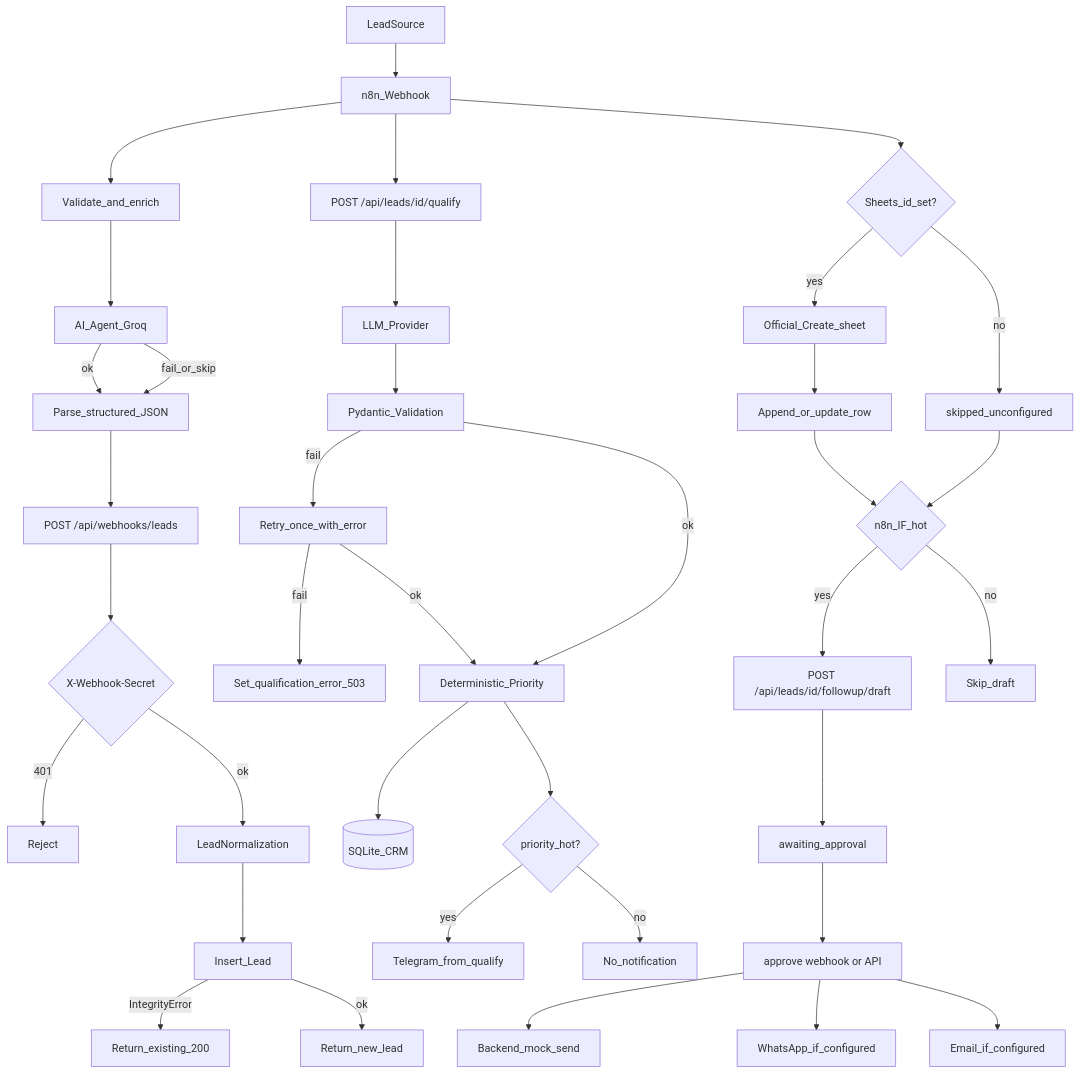
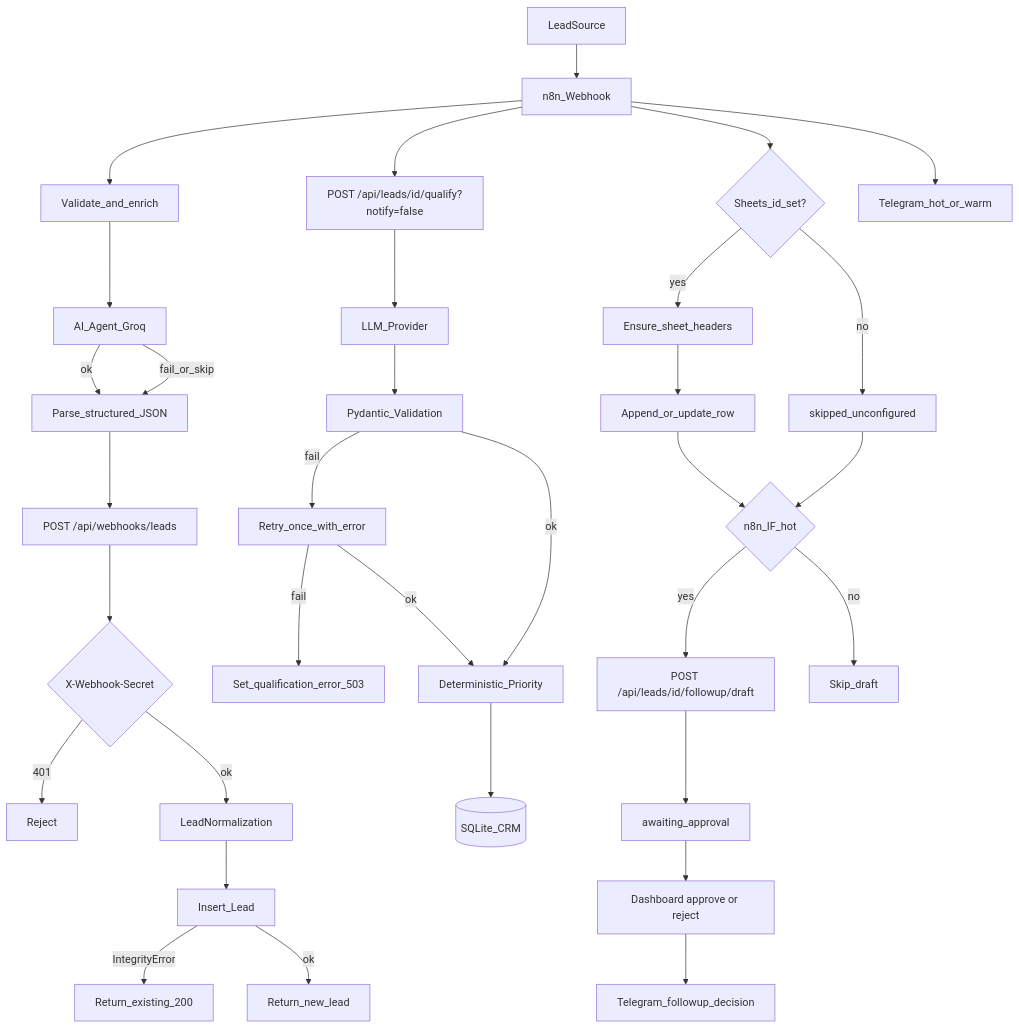
One commit to mohammadbourbour/AI-CRM changed the diagram in docs/ARCHITECTURE.md. Above: the diagram before and after it, drawn with Mermaid. The commit also changed other lines of this file and 24 other files, not shown here.

````diff
--- a/docs/ARCHITECTURE.md
+++ b/docs/ARCHITECTURE.md
@@ -7,39 +7,35 @@
 ```mermaid
 flowchart TD
     LeadSource[LeadSource] --> n8n[n8n_Webhook]
     n8n --> ValidateN8n[Validate_and_enrich]
     ValidateN8n --> Groq[AI_Agent_Groq]
     Groq -->|ok| ParseJSON[Parse_structured_JSON]
     Groq -->|fail_or_skip| ParseJSON
     ParseJSON --> WebhookAPI["POST /api/webhooks/leads"]
     WebhookAPI --> AuthCheck{X-Webhook-Secret}
     AuthCheck -->|401| Reject[Reject]
     AuthCheck -->|ok| Normalize[LeadNormalization]
     Normalize --> InsertLead[Insert_Lead]
     InsertLead -->|IntegrityError| ExistingLead[Return_existing_200]
     InsertLead -->|ok| NewLead[Return_new_lead]
-    n8n --> QualifyAPI["POST /api/leads/id/qualify"]
+    n8n --> QualifyAPI["POST /api/leads/id/qualify?notify=false"]
     QualifyAPI --> LLM[LLM_Provider]
     LLM --> Validate[Pydantic_Validation]
     Validate -->|fail| RetryOnce[Retry_once_with_error]
     RetryOnce -->|fail| QualError[Set_qualification_error_503]
     Validate -->|ok| PriorityRules[Deterministic_Priority]
     RetryOnce -->|ok| PriorityRules
     PriorityRules --> CRM[(SQLite_CRM)]
-    PriorityRules --> HotCheck{priority_hot?}
-    HotCheck -->|yes| Telegram[Telegram_from_qualify]
-    HotCheck -->|no| SkipNotify[No_notification]
     n8n --> SheetsPlan{Sheets_id_set?}
-    SheetsPlan -->|yes| CreateSheet[Official_Create_sheet]
-    CreateSheet --> UpsertRow[Append_or_update_row]
+    SheetsPlan -->|yes| EnsureHeaders[Ensure_sheet_headers]
+    EnsureHeaders --> UpsertRow[Append_or_update_row]
     SheetsPlan -->|no| SkipSheets[skipped_unconfigured]
     UpsertRow --> PriorityIF{n8n_IF_hot}
     SkipSheets --> PriorityIF
     PriorityIF -->|yes| FollowupDraft["POST /api/leads/id/followup/draft"]
     PriorityIF -->|no| SkipDraft[Skip_draft]
     FollowupDraft --> AwaitingApproval[awaiting_approval]
-    AwaitingApproval --> HumanApprove["approve webhook or API"]
-    HumanApprove --> MockSend[Backend_mock_send]
-    HumanApprove --> OptionalWA[WhatsApp_if_configured]
-    HumanApprove --> OptionalEmail[Email_if_configured]
+    n8n --> Telegram[Telegram_hot_or_warm]
+    AwaitingApproval --> HumanApprove["Dashboard approve or reject"]
+    HumanApprove --> TelegramDecision[Telegram_followup_decision]
 ```
````
